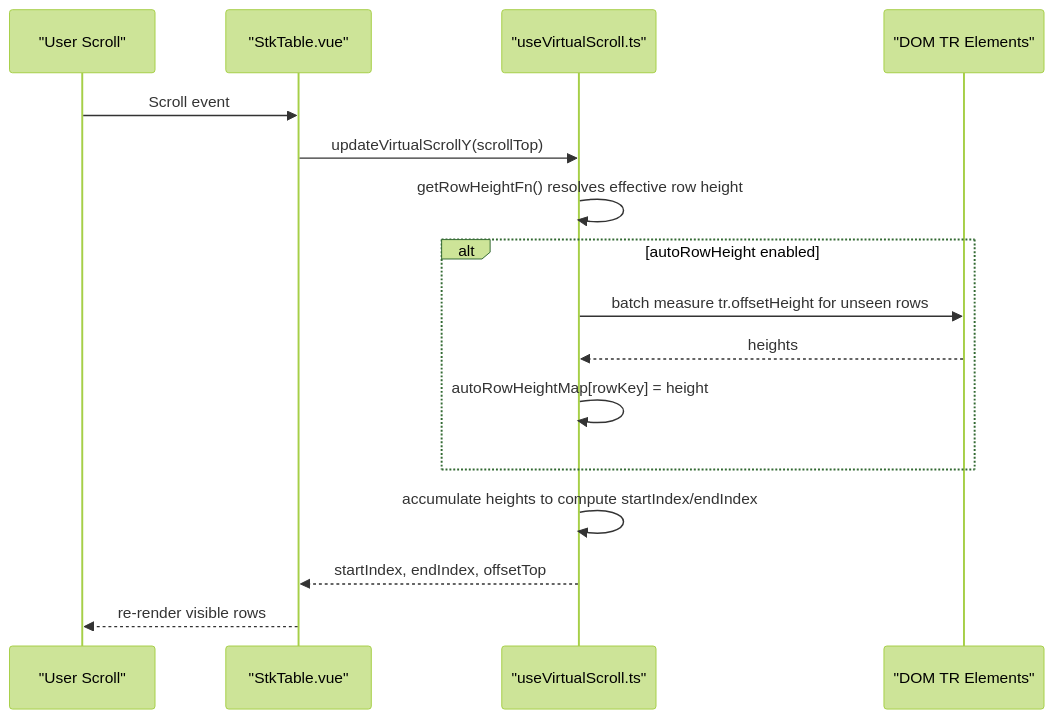
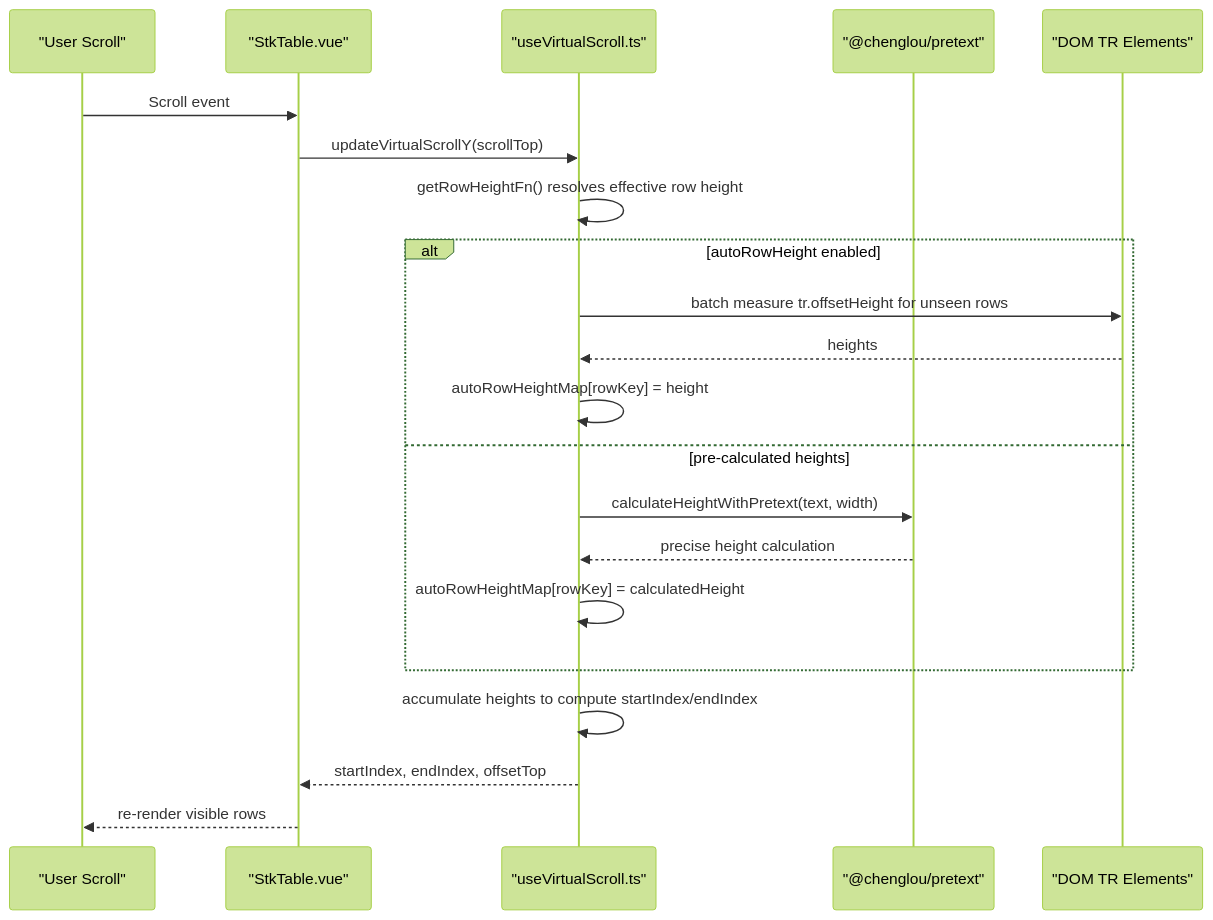
The second of 7 diagrams in .qoder/repowiki/en/content/Core Concepts/Virtual Scrolling/Auto Row Height Support.md (ja-plus/stk-table-vue), drawn with Mermaid (forest theme) before and after one commit. The commit also changed other lines of this file and 4 other files, not shown here.

````diff
--- a/.qoder/repowiki/en/content/Core Concepts/Virtual Scrolling/Auto Row Height Support.md
+++ b/.qoder/repowiki/en/content/Core Concepts/Virtual Scrolling/Auto Row Height Support.md
@@ -97,18 +116,23 @@
 ```mermaid
 sequenceDiagram
 participant User as "User Scroll"
 participant Table as "StkTable.vue"
 participant VS as "useVirtualScroll.ts"
+participant PT as "@chenglou/pretext"
 participant DOM as "DOM TR Elements"
 User->>Table : Scroll event
 Table->>VS : updateVirtualScrollY(scrollTop)
 VS->>VS : getRowHeightFn() resolves effective row height
 alt autoRowHeight enabled
 VS->>DOM : batch measure tr.offsetHeight for unseen rows
 DOM-->>VS : heights
 VS->>VS : autoRowHeightMap[rowKey] = height
+else pre-calculated heights
+VS->>PT : calculateHeightWithPretext(text, width)
+PT-->>VS : precise height calculation
+VS->>VS : autoRowHeightMap[rowKey] = calculatedHeight
 end
 VS->>VS : accumulate heights to compute startIndex/endIndex
 VS-->>Table : startIndex, endIndex, offsetTop
 Table-->>User : re-render visible rows
 ```
````
